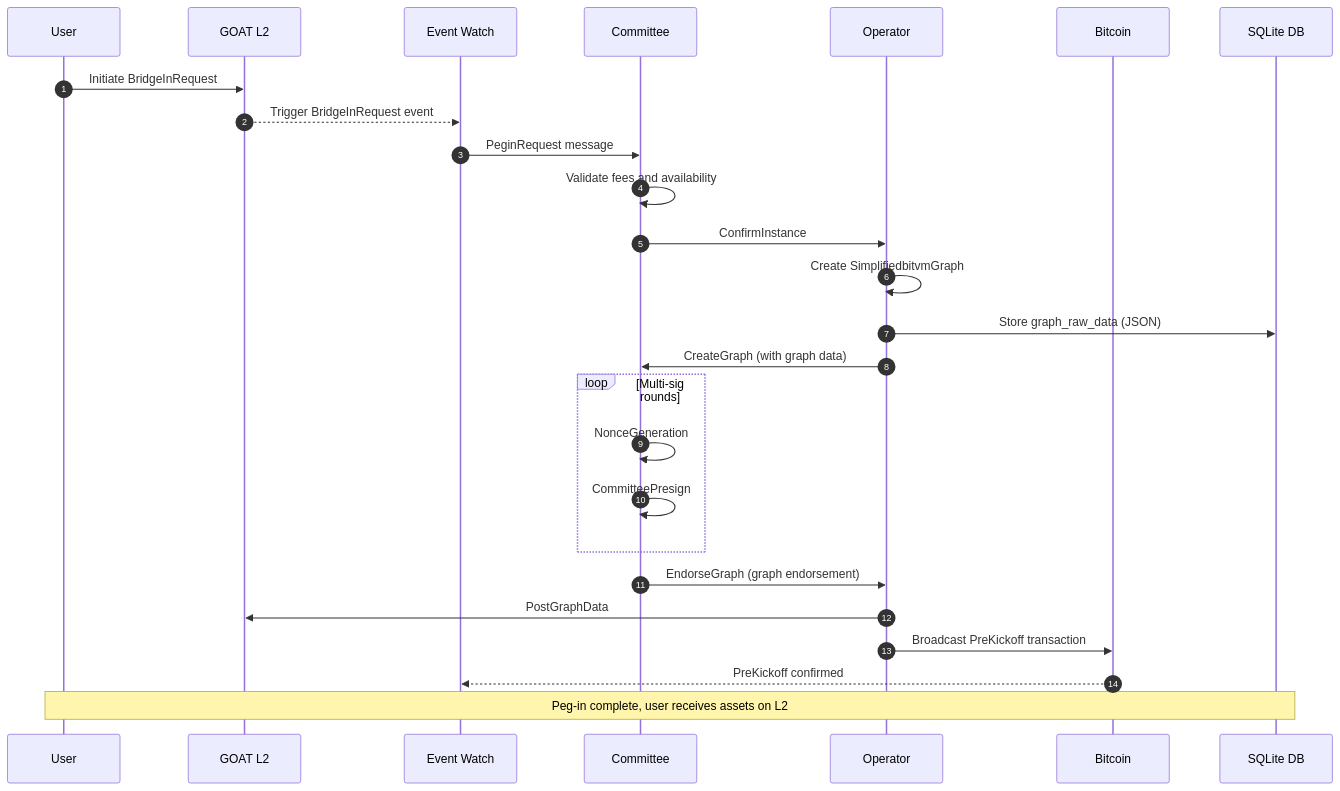
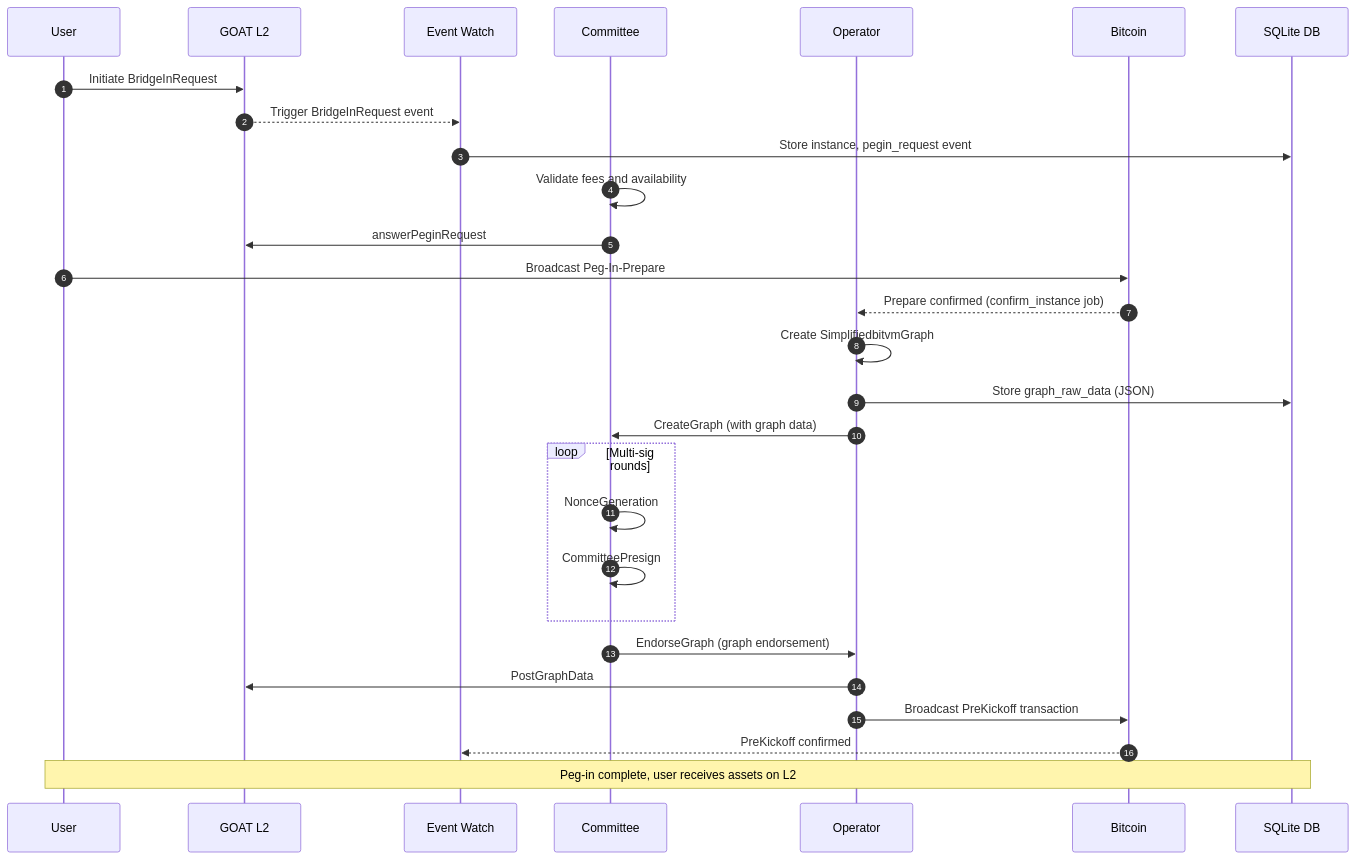
The fourth of 13 diagrams in node/README.md (GOATNetwork/bitvm-node), drawn with Mermaid before and after one commit. The commit also changed other lines of this file and 239 other files, not shown here.

First line of the commit message:
Refactor protocol flows around Instance and Graph state machines (#476)

````diff
--- a/node/README.md
+++ b/node/README.md
@@ -213,34 +218,36 @@
 ```mermaid
 sequenceDiagram
     autonumber
     participant User
     participant GOAT as GOAT L2
     participant EW as Event Watch
     participant Committee
     participant Operator
     participant BTC as Bitcoin
     participant DB as SQLite DB
 
     User->>GOAT: Initiate BridgeInRequest
     GOAT-->>EW: Trigger BridgeInRequest event
-    EW->>Committee: PeginRequest message
+    EW->>DB: Store instance, pegin_request event
 
     Committee->>Committee: Validate fees and availability
-    Committee->>Operator: ConfirmInstance
+    Committee->>GOAT: answerPeginRequest
+    User->>BTC: Broadcast Peg-In-Prepare
+    BTC-->>Operator: Prepare confirmed (confirm_instance job)
 
     Operator->>Operator: Create SimplifiedbitvmGraph
     Operator->>DB: Store graph_raw_data (JSON)
     Operator->>Committee: CreateGraph (with graph data)
 
     loop Multi-sig rounds
         Committee->>Committee: NonceGeneration
         Committee->>Committee: CommitteePresign
     end
 
     Committee->>Operator: EndorseGraph (graph endorsement)
     Operator->>GOAT: PostGraphData
     Operator->>BTC: Broadcast PreKickoff transaction
     BTC-->>EW: PreKickoff confirmed
 
     Note over User,DB: Peg-in complete, user receives assets on L2
 ```
````
